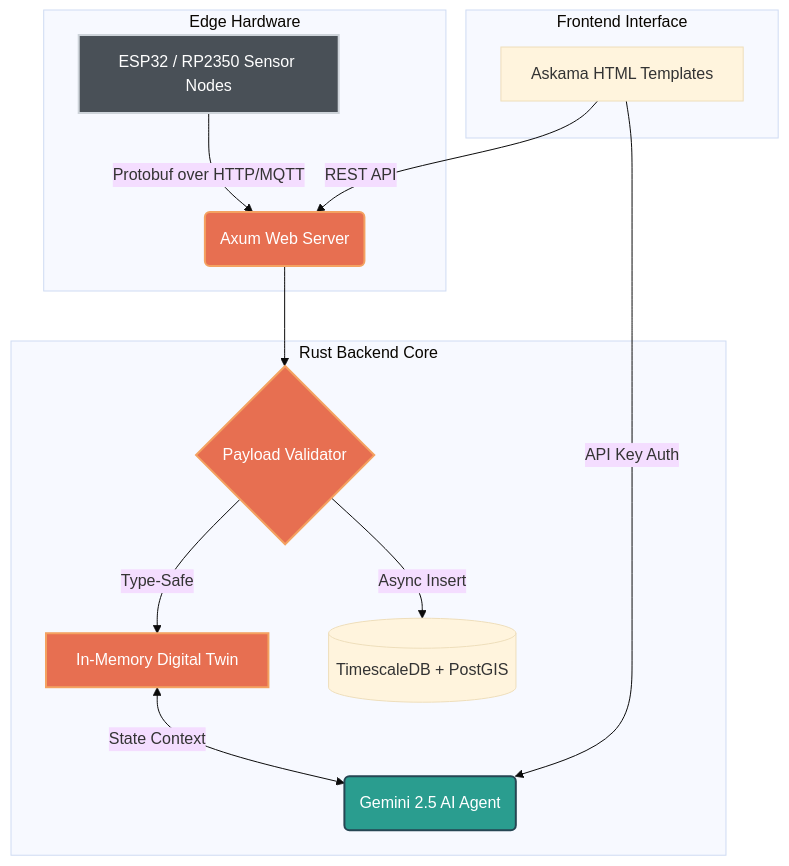
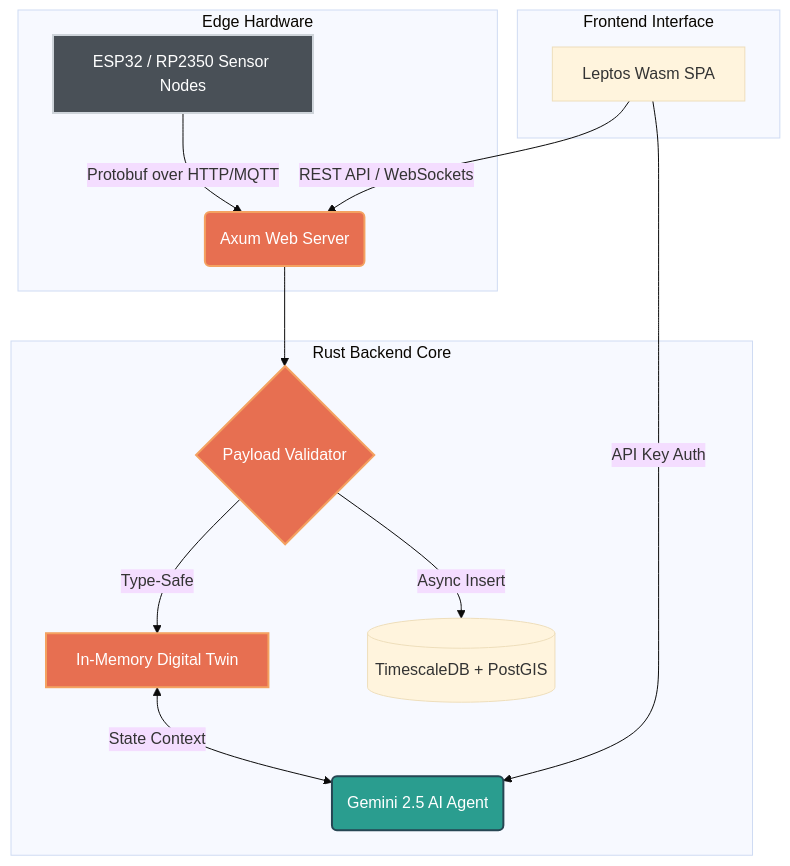
The diagram in README.md (oscar-bio-dev/oscar-bio-dev), drawn with Mermaid (base theme) before and after one commit. The commit also changed other lines of this file and 48 other files, not shown here.

First line of the commit message:
feat(ui, security): migrate to leptos wasm csr frontend and implement axum-server mtls hardware security

````diff
--- a/README.md
+++ b/README.md
@@ -21,27 +21,27 @@
 ```mermaid
 graph TD
     subgraph Edge Hardware
         A[ESP32 / RP2350 Sensor Nodes] -->|Protobuf over HTTP/MQTT| B
     end
 
     subgraph Rust Backend Core
         B(Axum Web Server) --> C{Payload Validator}
         C -->|Type-Safe| D[In-Memory Digital Twin]
         C -->|Async Insert| E[(TimescaleDB + PostGIS)]
         
         D <-->|State Context| F(Gemini 2.5 AI Agent)
     end
 
     subgraph Frontend Interface
-        G[Askama HTML Templates] -->|REST API| B
+        G[Leptos Wasm SPA] -->|REST API / WebSockets| B
         G -->|API Key Auth| F
     end
 
     classDef hardware fill:#495057,stroke:#ced4da,stroke-width:2px,color:#fff;
     classDef rust fill:#e76f51,stroke:#f4a261,stroke-width:2px,color:#fff;
     classDef ai fill:#2a9d8f,stroke:#264653,stroke-width:2px,color:#fff;
 
     class A hardware;
     class B,C,D rust;
     class F ai;
 ```
````
